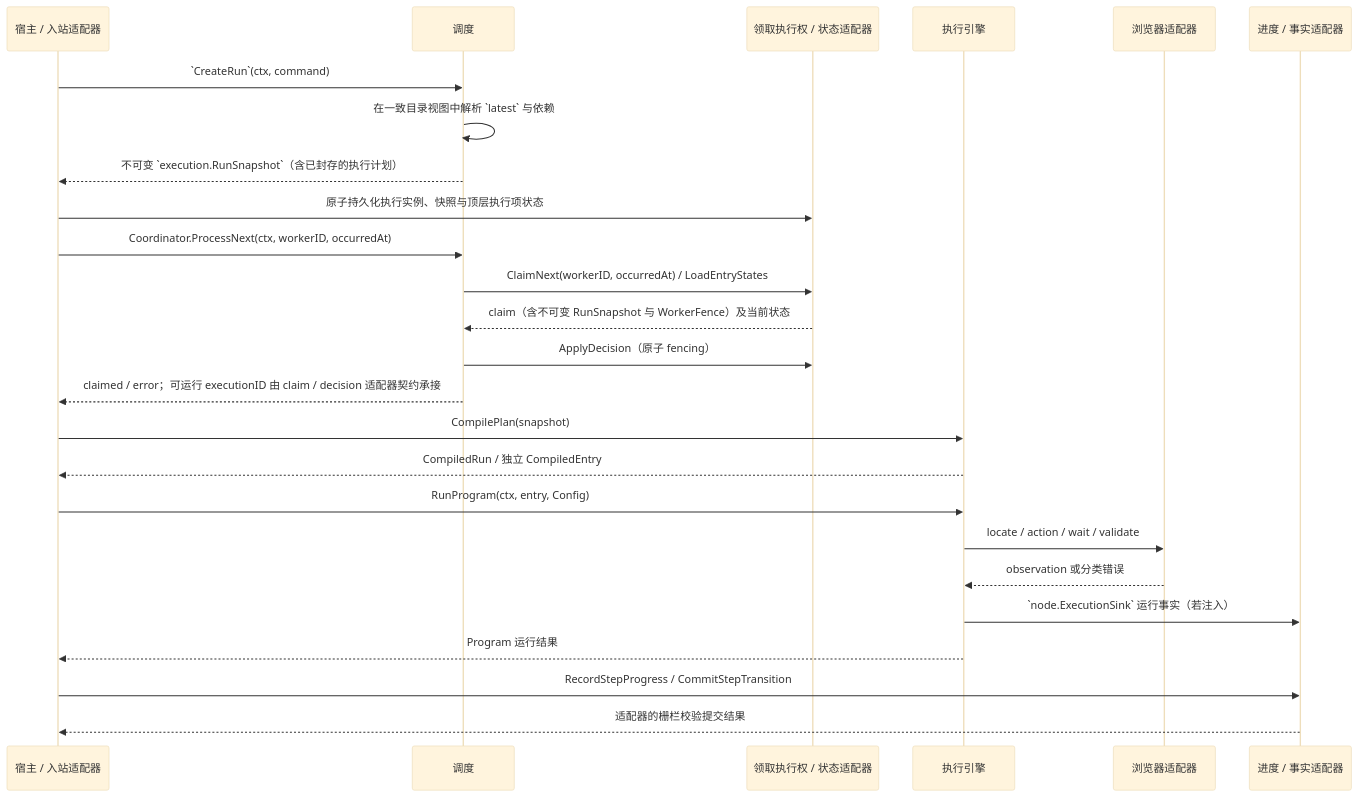
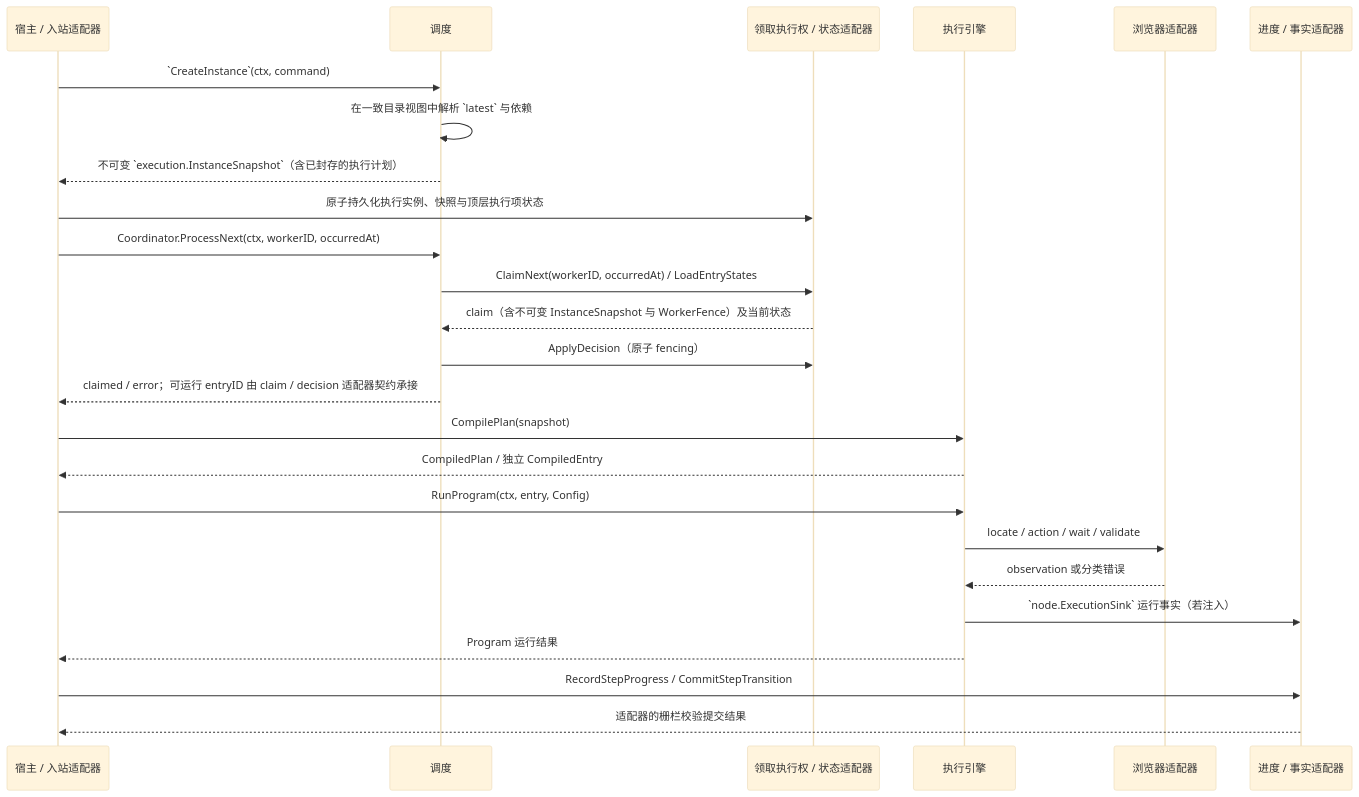
The second of 2 diagrams in README.md (Capsule7446/healix-core), drawn with Mermaid (base theme) before and after one commit. The commit also changed other lines of this file and 380 other files, not shown here.

````diff
--- a/README.md
+++ b/README.md
@@ -120,28 +125,28 @@
 ```mermaid
 sequenceDiagram
   participant H as 宿主 / 入站适配器
   participant S as 调度
   participant Q as 领取执行权 / 状态适配器
   participant E as 执行引擎
   participant B as 浏览器适配器
   participant F as 进度 / 事实适配器
 
-  H->>S: `CreateRun`(ctx, command)
+  H->>S: `CreateInstance`(ctx, command)
   S->>S: 在一致目录视图中解析 `latest` 与依赖
-  S-->>H: 不可变 `execution.RunSnapshot`（含已封存的执行计划）
+  S-->>H: 不可变 `execution.InstanceSnapshot`（含已封存的执行计划）
   H->>Q: 原子持久化执行实例、快照与顶层执行项状态
   H->>S: Coordinator.ProcessNext(ctx, workerID, occurredAt)
   S->>Q: ClaimNext(workerID, occurredAt) / LoadEntryStates
-  Q-->>S: claim（含不可变 RunSnapshot 与 WorkerFence）及当前状态
+  Q-->>S: claim（含不可变 InstanceSnapshot 与 WorkerFence）及当前状态
   S->>Q: ApplyDecision（原子 fencing）
-  S-->>H: claimed / error；可运行 executionID 由 claim / decision 适配器契约承接
+  S-->>H: claimed / error；可运行 entryID 由 claim / decision 适配器契约承接
   H->>E: CompilePlan(snapshot)
-  E-->>H: CompiledRun / 独立 CompiledEntry
+  E-->>H: CompiledPlan / 独立 CompiledEntry
   H->>E: RunProgram(ctx, entry, Config)
   E->>B: locate / action / wait / validate
   B-->>E: observation 或分类错误
   E->>F: `node.ExecutionSink` 运行事实（若注入）
   E-->>H: Program 运行结果
   H->>F: RecordStepProgress / CommitStepTransition
   F-->>H: 适配器的栅栏校验提交结果
 ```
````
